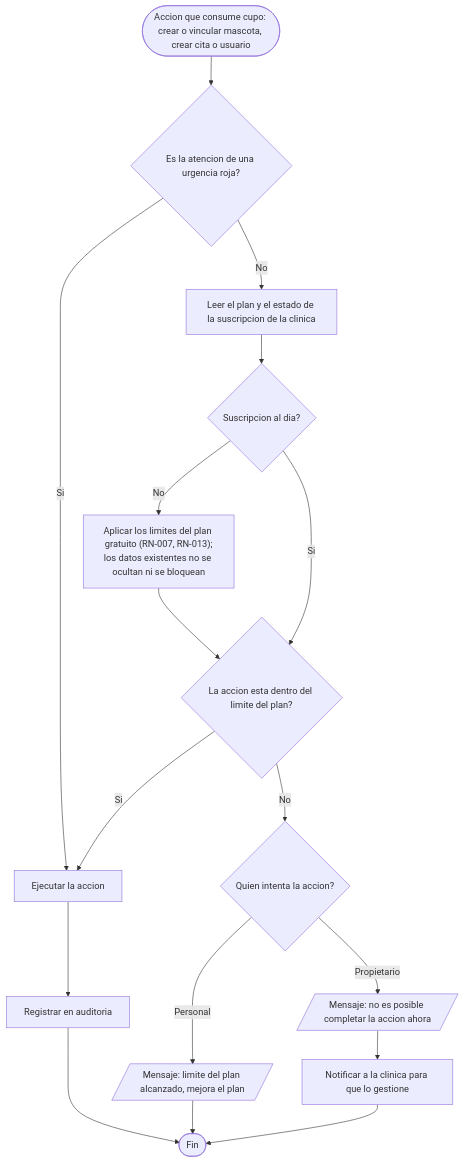
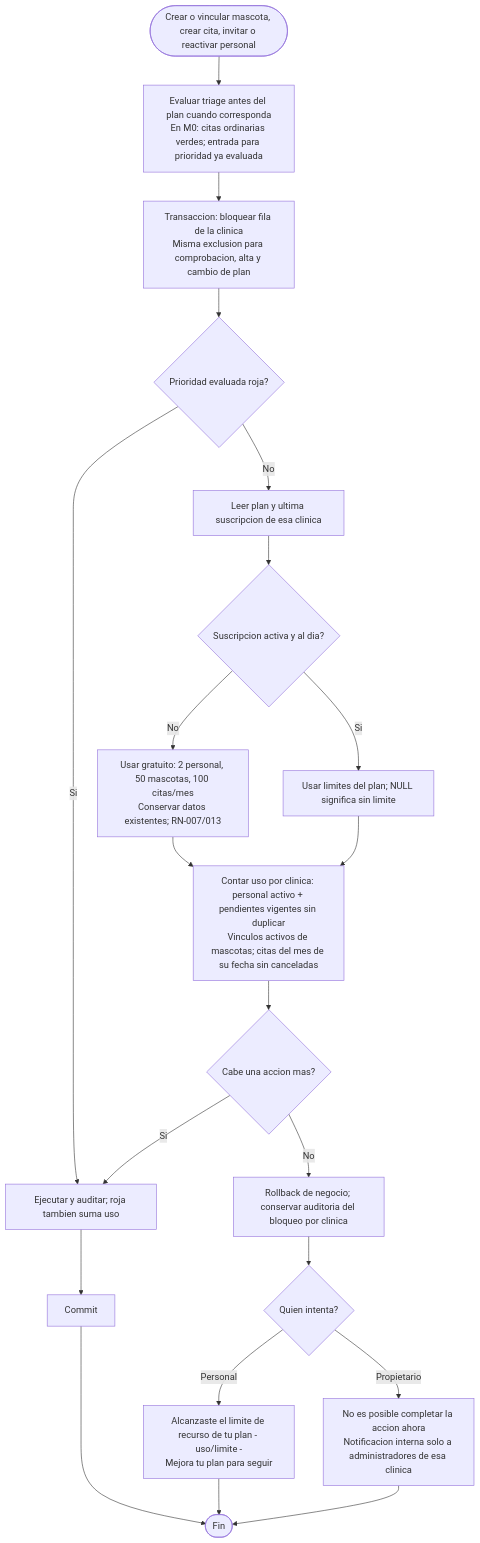
Before and after one commit to carvajal7lsch-commits/Zooki: diagram 16 of 24 in documentacion/Modelos.md, drawn with Mermaid. The commit also changed other lines of this file and 42 other files, not shown here.

Commit message:
feat(plataforma): aplicar limites y corregir panel (HU-0.4, RE-0.1.2)

````diff
--- a/documentacion/Modelos.md
+++ b/documentacion/Modelos.md
@@ -678,19 +678,23 @@
 ```mermaid
 flowchart TD
-  A([Accion que consume cupo: crear o vincular mascota, crear cita o usuario]) --> U{"Es la atencion de una urgencia roja?"}
+  A([Crear o vincular mascota, crear cita, invitar o reactivar personal]) --> T["Evaluar triage antes del plan cuando corresponda<br/>En M0: citas ordinarias verdes; entrada para prioridad ya evaluada"]
+  T --> LOCK["Transaccion: bloquear fila de la clinica<br/>Misma exclusion para comprobacion, alta y cambio de plan"]
+  LOCK --> U{"Prioridad evaluada roja?"}
   U -- Si --> E
-  U -- No --> B[Leer el plan y el estado de la suscripcion de la clinica]
-  B --> C{Suscripcion al dia?}
-  C -- No --> C1["Aplicar los limites del plan gratuito (RN-007, RN-013);<br/>los datos existentes no se ocultan ni se bloquean"]
-  C1 --> D
-  C -- Si --> D{"La accion esta dentro del limite del plan?"}
-  D -- Si --> E[Ejecutar la accion]
-  E --> E1[Registrar en auditoria]
-  E1 --> ZF([Fin])
-  D -- No --> F{Quien intenta la accion?}
-  F -- Personal --> F1[/"Mensaje: limite del plan alcanzado, mejora el plan"/]
-  F1 --> ZF
-  F -- Propietario --> F2[/"Mensaje: no es posible completar la accion ahora"/]
-  F2 --> F3[Notificar a la clinica para que lo gestione]
-  F3 --> ZF
+  U -- No --> B["Leer plan y ultima suscripcion de esa clinica"]
+  B --> C{"Suscripcion activa y al dia?"}
+  C -- No --> C1["Usar gratuito: 2 personal, 50 mascotas, 100 citas/mes<br/>Conservar datos existentes; RN-007/013"]
+  C -- Si --> P["Usar limites del plan; NULL significa sin limite"]
+  P --> D
+  C1 --> D["Contar uso por clinica: personal activo + pendientes vigentes sin duplicar<br/>Vinculos activos de mascotas; citas del mes de su fecha sin canceladas"]
+  D --> CABE{"Cabe una accion mas?"}
+  CABE -- Si --> E["Ejecutar y auditar; roja tambien suma uso"]
+  E --> OK[Commit]
+  CABE -- No --> RB["Rollback de negocio; conservar auditoria del bloqueo por clinica"]
+  RB --> F{"Quien intenta?"}
+  F -- Personal --> F1["Alcanzaste el limite de recurso de tu plan - uso/limite -<br/>Mejora tu plan para seguir"]
+  F -- Propietario --> F2["No es posible completar la accion ahora<br/>Notificacion interna solo a administradores de esa clinica"]
+  F1 --> FIN([Fin])
+  F2 --> FIN
+  OK --> FIN
 ```
````
